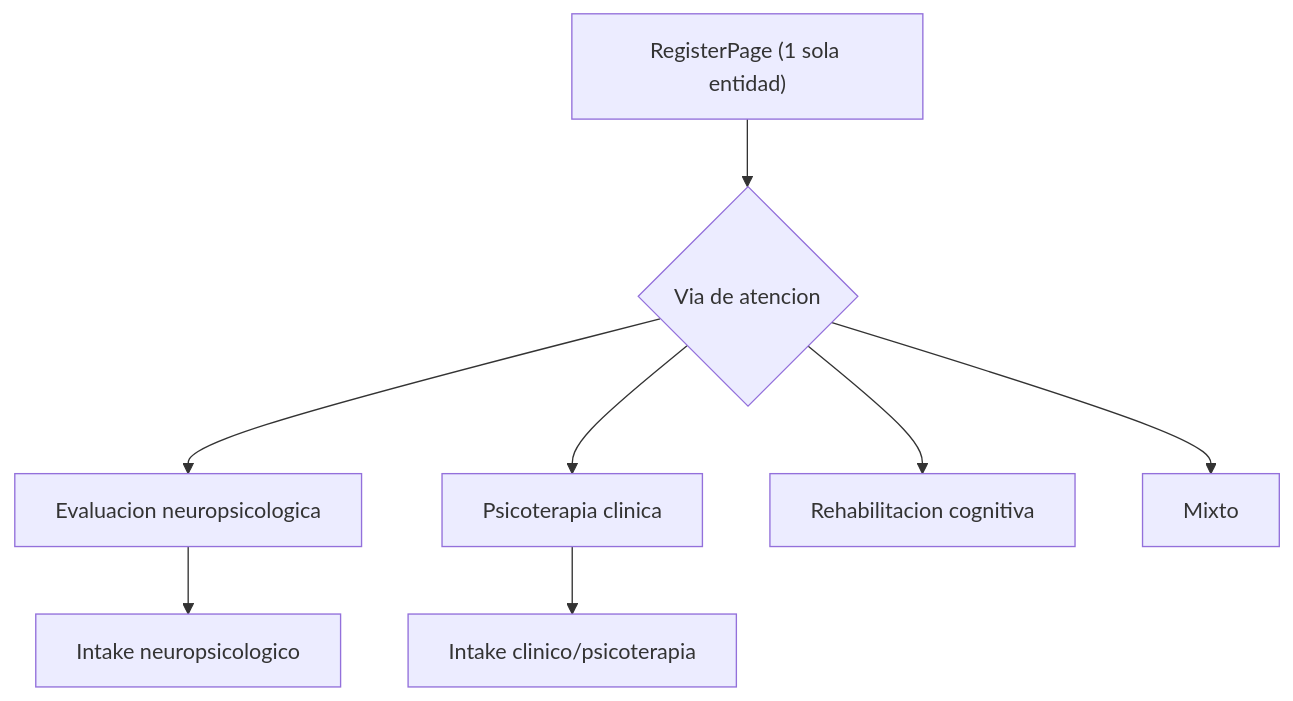
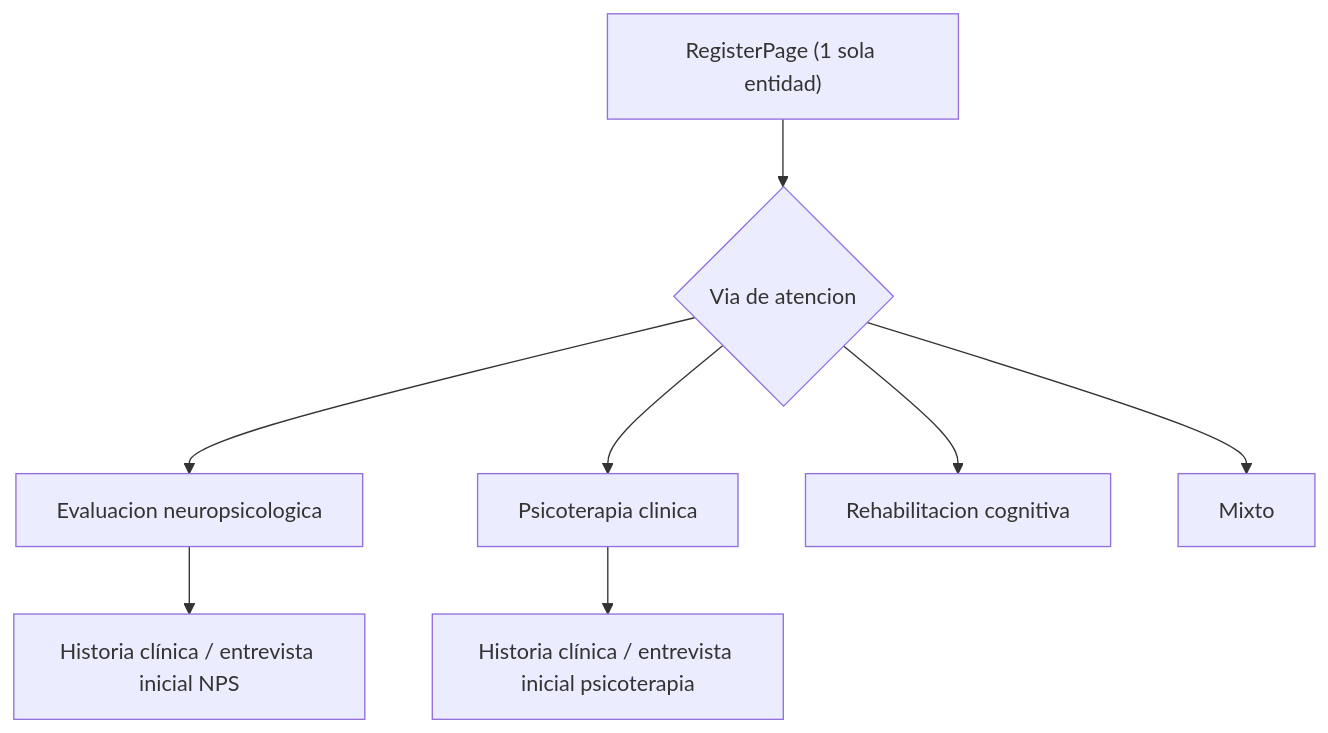
The third of 7 diagrams in PLAN_MAESTRO_DESARROLLO.md (mrhyde42098/NeuroSoft), drawn with Mermaid before and after one commit. The commit also changed other lines of this file and 177 other files, not shown here.

````diff
--- a/PLAN_MAESTRO_DESARROLLO.md
+++ b/PLAN_MAESTRO_DESARROLLO.md
@@ -181,10 +181,10 @@
 ```mermaid
 flowchart TB
   reg["RegisterPage (1 sola entidad)"] --> via{"Via de atencion"}
   via --> neuro["Evaluacion neuropsicologica"]
   via --> clin["Psicoterapia clinica"]
   via --> rhb["Rehabilitacion cognitiva"]
   via --> mixto["Mixto"]
-  neuro --> intake_n["Intake neuropsicologico"]
-  clin --> intake_c["Intake clinico/psicoterapia"]
+  neuro --> hc_n["Historia clínica / entrevista inicial NPS"]
+  clin --> hc_c["Historia clínica / entrevista inicial psicoterapia"]
 ```
````
